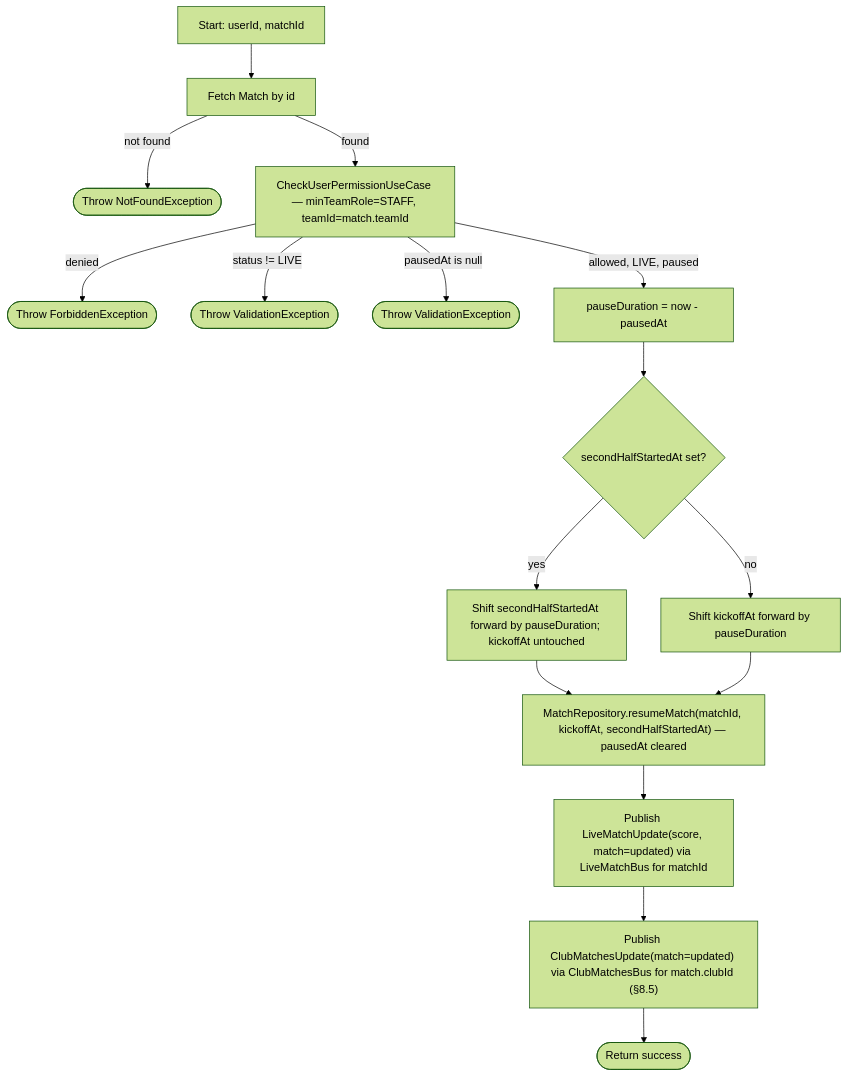
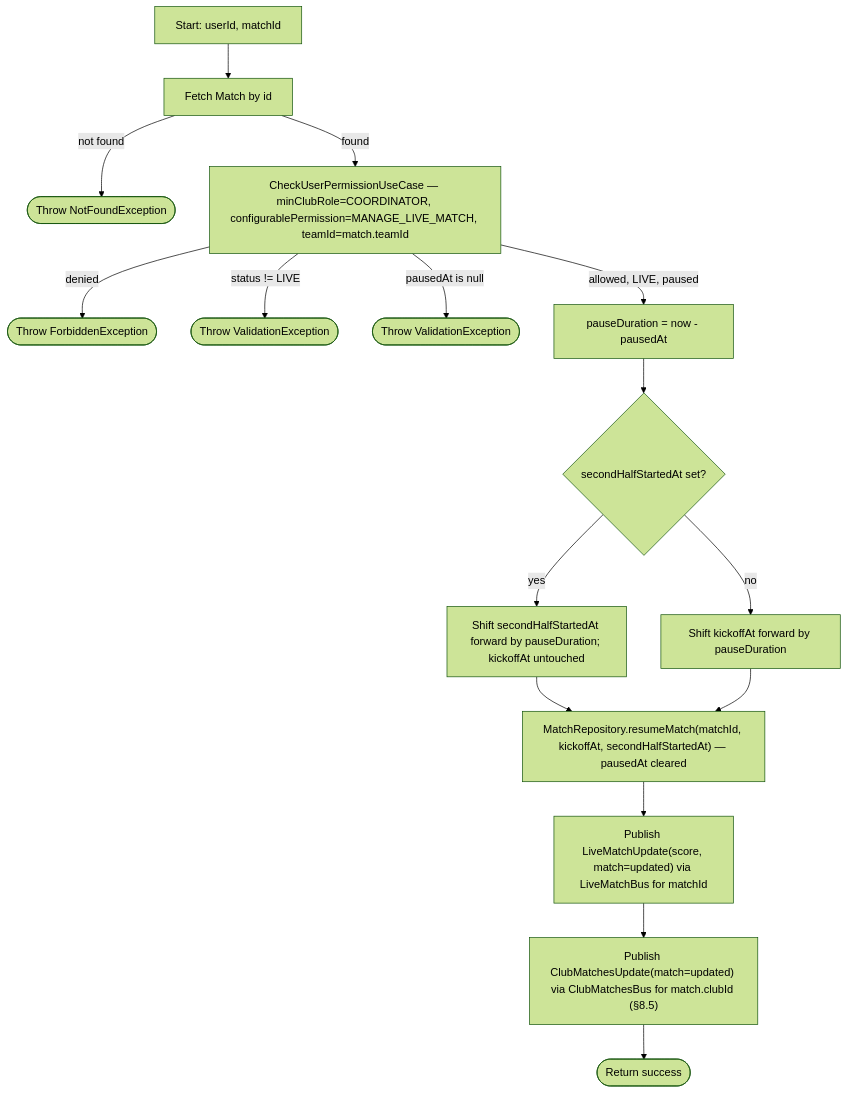
Before and after one commit to ricardofrango/squadify: diagram 49 of 57 in PROCESS_FLOWS.md, drawn with Mermaid (forest theme). The commit also changed other lines of this file and 87 other files, not shown here.

First line of the commit message:
Add configurable club permissions

````diff
--- a/PROCESS_FLOWS.md
+++ b/PROCESS_FLOWS.md
@@ -1020,18 +1082,18 @@
 ```mermaid
 graph TD
     A[Start: userId, matchId] --> B[Fetch Match by id]
     B -- not found --> N(["Throw NotFoundException"])
-    B -- found --> C[CheckUserPermissionUseCase — minTeamRole=STAFF, teamId=match.teamId]
+    B -- found --> C[CheckUserPermissionUseCase — minClubRole=COORDINATOR, configurablePermission=MANAGE_LIVE_MATCH, teamId=match.teamId]
     C -- denied --> F(["Throw ForbiddenException"])
     C -- status != LIVE --> V1(["Throw ValidationException"])
     C -- pausedAt is null --> V2(["Throw ValidationException"])
     C -- allowed, LIVE, paused --> D["pauseDuration = now - pausedAt"]
     D --> E{"secondHalfStartedAt set?"}
     E -- yes --> F1["Shift secondHalfStartedAt forward by pauseDuration; kickoffAt untouched"]
     E -- no --> F2b["Shift kickoffAt forward by pauseDuration"]
     F1 --> G["MatchRepository.resumeMatch(matchId, kickoffAt, secondHalfStartedAt) — pausedAt cleared"]
     F2b --> G
     G --> H["Publish LiveMatchUpdate(score, match=updated) via LiveMatchBus for matchId"]
     H --> I["Publish ClubMatchesUpdate(match=updated) via ClubMatchesBus for match.clubId (§8.5)"]
     I --> Z(["Return success"])
 ```
````
